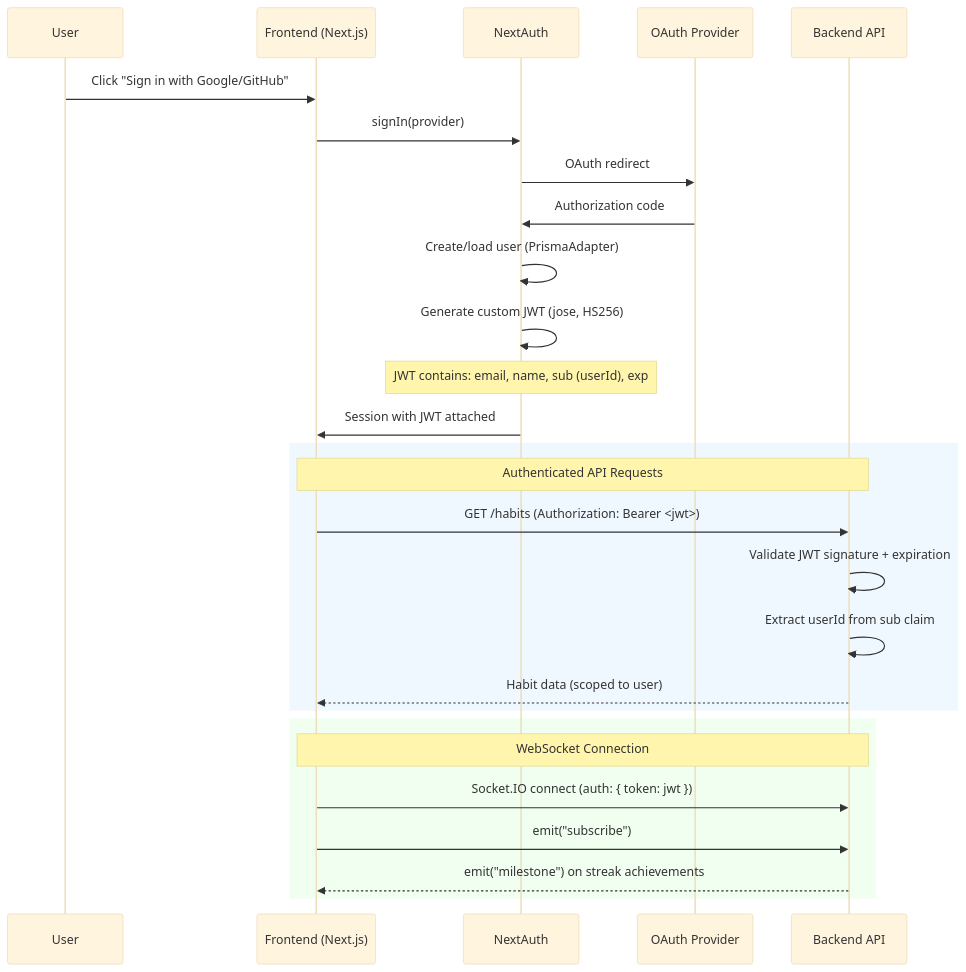
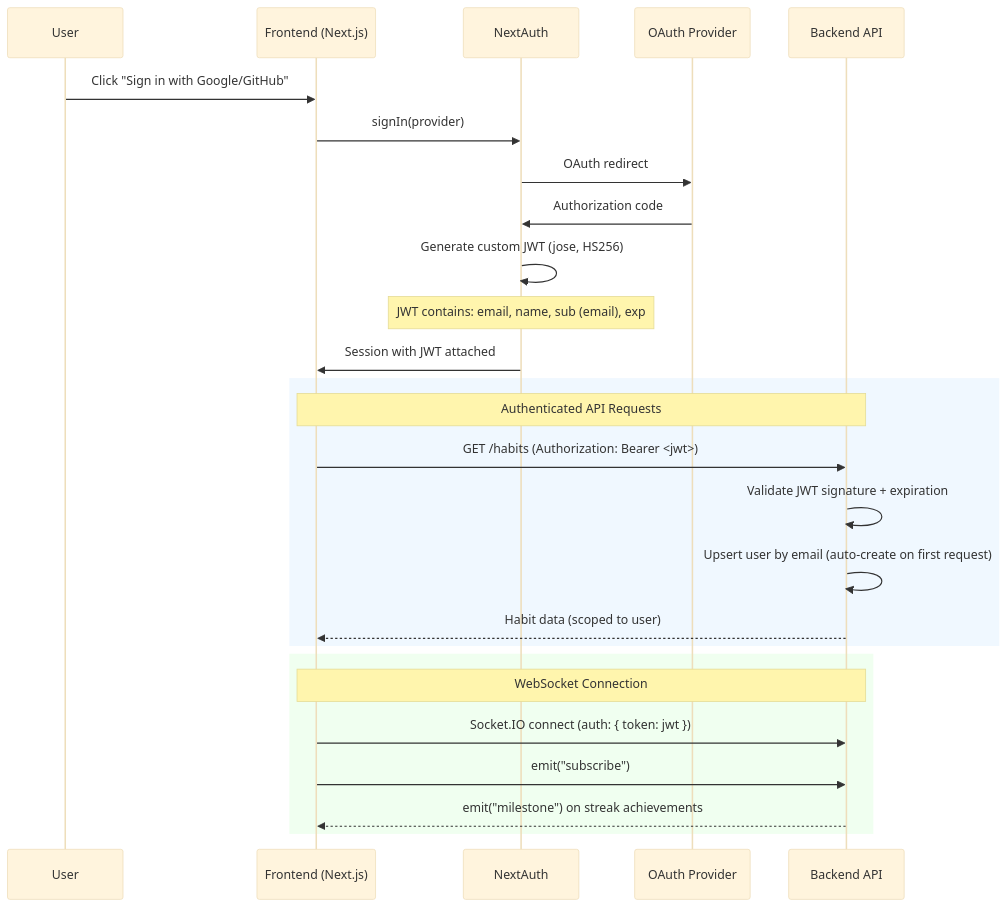
The second of 3 diagrams in frontend/README.md (1K0t/habit-tracker-with-streaks), drawn with Mermaid (base theme) before and after one commit. The commit also changed other lines of this file and 15 other files, not shown here.

````diff
--- a/frontend/README.md
+++ b/frontend/README.md
@@ -71,32 +72,31 @@
 ```mermaid
 sequenceDiagram
     participant U as User
     participant F as Frontend (Next.js)
     participant NA as NextAuth
     participant P as OAuth Provider
     participant B as Backend API
 
     U->>F: Click "Sign in with Google/GitHub"
     F->>NA: signIn(provider)
     NA->>P: OAuth redirect
     P->>NA: Authorization code
-    NA->>NA: Create/load user (PrismaAdapter)
     NA->>NA: Generate custom JWT (jose, HS256)
-    Note over NA: JWT contains: email, name, sub (userId), exp
+    Note over NA: JWT contains: email, name, sub (email), exp
     NA->>F: Session with JWT attached
 
     rect rgb(240, 248, 255)
         Note over F,B: Authenticated API Requests
         F->>B: GET /habits (Authorization: Bearer <jwt>)
         B->>B: Validate JWT signature + expiration
-        B->>B: Extract userId from sub claim
+        B->>B: Upsert user by email (auto-create on first request)
         B-->>F: Habit data (scoped to user)
     end
 
     rect rgb(240, 255, 240)
         Note over F,B: WebSocket Connection
         F->>B: Socket.IO connect (auth: { token: jwt })
         F->>B: emit("subscribe")
         B-->>F: emit("milestone") on streak achievements
     end
 ```
````
